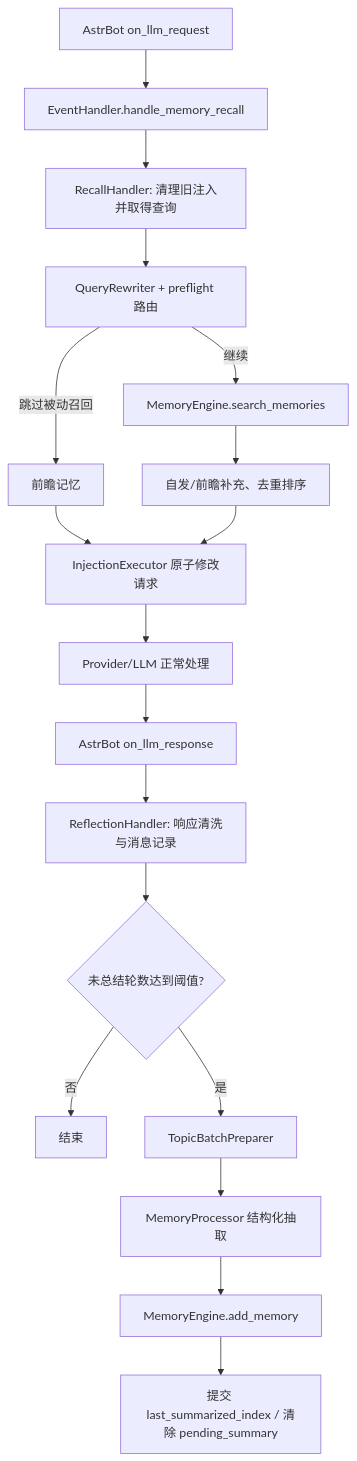
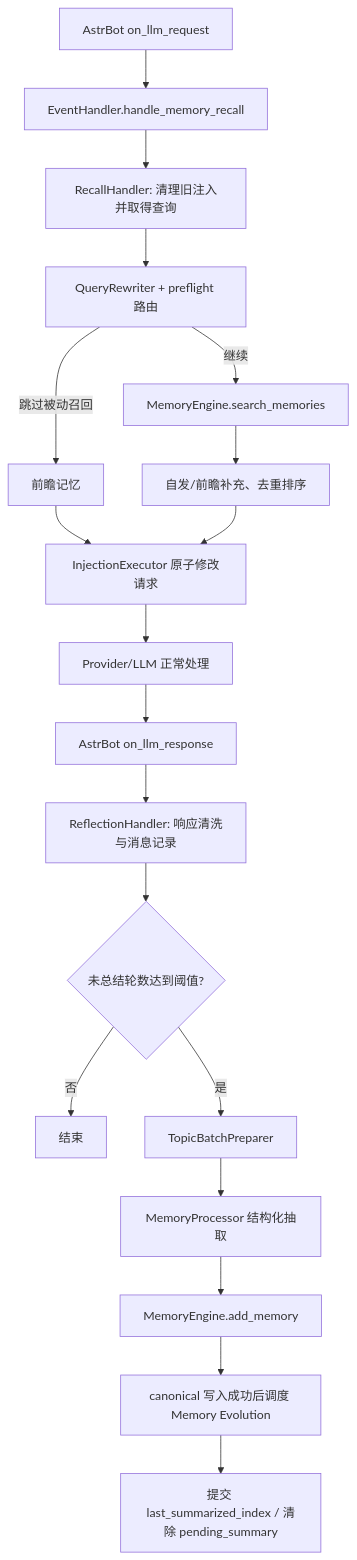
Before and after one commit to INSide-734/astrbot_plugin_memora: the diagram in core/handlers/AGENTS.md, drawn with Mermaid. The commit also changed other lines of this file and 16 other files, not shown here.

Commit message:
docs(agents): sync memory evolution and dashboard changes

````diff
--- a/core/handlers/AGENTS.md
+++ b/core/handlers/AGENTS.md
@@ -21,20 +21,21 @@
 ```mermaid
 flowchart TD
     A["AstrBot on_llm_request"] --> B["EventHandler.handle_memory_recall"]
     B --> C["RecallHandler: 清理旧注入并取得查询"]
     C --> D["QueryRewriter + preflight 路由"]
     D -->|"跳过被动召回"| E["前瞻记忆"]
     D -->|"继续"| F["MemoryEngine.search_memories"]
     F --> G["自发/前瞻补充、去重排序"]
     E --> H["InjectionExecutor 原子修改请求"]
     G --> H
     H --> I["Provider/LLM 正常处理"]
     I --> J["AstrBot on_llm_response"]
     J --> K["ReflectionHandler: 响应清洗与消息记录"]
     K --> L{"未总结轮数达到阈值?"}
     L -->|"否"| M["结束"]
     L -->|"是"| N["TopicBatchPreparer"]
     N --> O["MemoryProcessor 结构化抽取"]
     O --> P["MemoryEngine.add_memory"]
-    P --> Q["提交 last_summarized_index / 清除 pending_summary"]
+    P --> Q["canonical 写入成功后调度 Memory Evolution"]
+    Q --> R["提交 last_summarized_index / 清除 pending_summary"]
 ```
````
